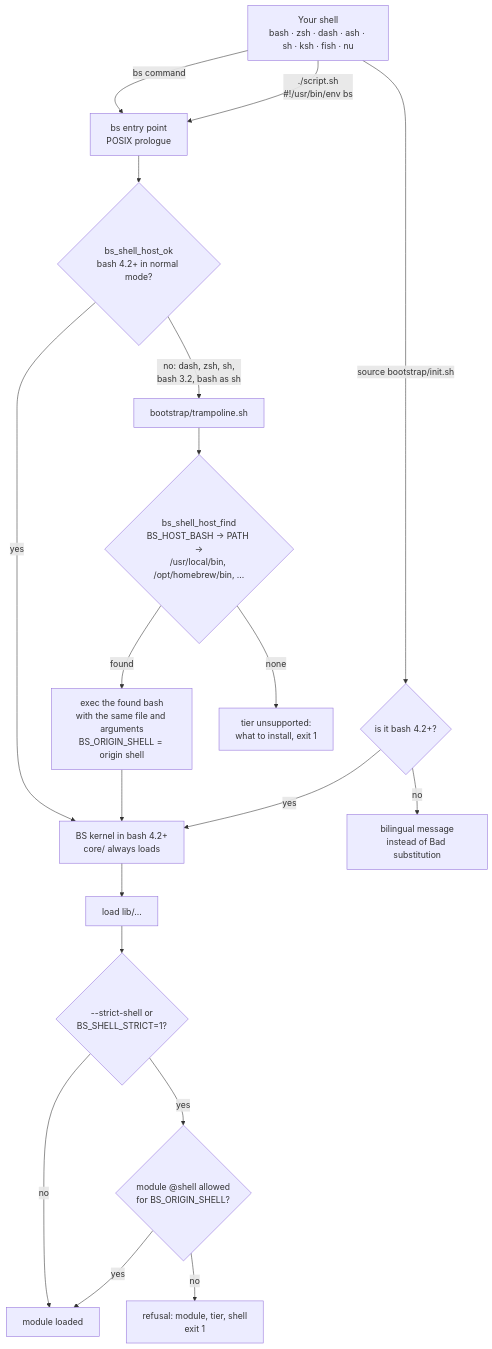
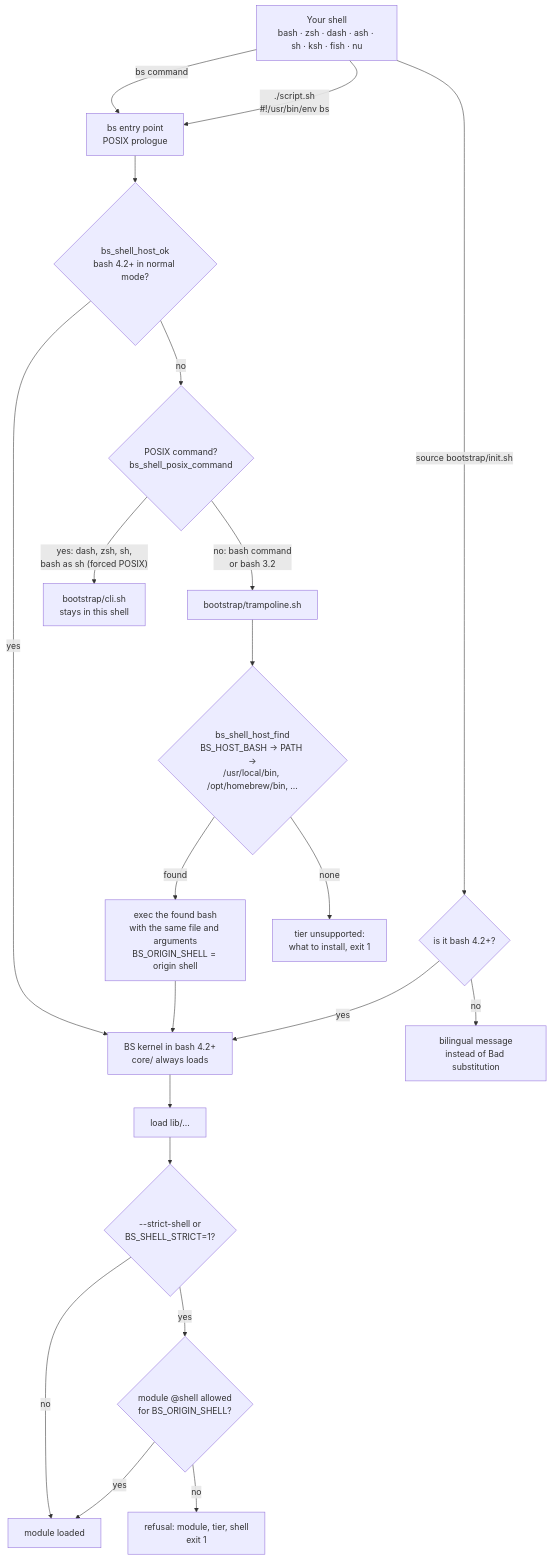
Before and after one commit to Igormm/bs: the first of 8 diagrams in documentation/en/01-getting-started/README.md, drawn with Mermaid. The commit also changed other lines of this file and 38 other files, not shown here.

````diff
--- a/documentation/en/01-getting-started/README.md
+++ b/documentation/en/01-getting-started/README.md
@@ -191,22 +195,24 @@
 ```mermaid
 flowchart TD
     U["Your shell<br/>bash · zsh · dash · ash · sh · ksh · fish · nu"]
     U -->|"bs command"| E
     U -->|"./script.sh<br/>#!/usr/bin/env bs"| E
     U -->|"source bootstrap/init.sh"| SRC{"is it bash 4.2+?"}
     SRC -->|yes| K
     SRC -->|no| SRCX["bilingual message<br/>instead of Bad substitution"]
     E["bs entry point<br/>POSIX prologue"] --> OK{"bs_shell_host_ok<br/>bash 4.2+ in normal mode?"}
     OK -->|yes| K
-    OK -->|"no: dash, zsh, sh,<br/>bash 3.2, bash as sh"| T["bootstrap/trampoline.sh"]
+    OK -->|no| P{"POSIX command?<br/>bs_shell_posix_command"}
+    P -->|"yes: dash, zsh, sh,<br/>bash as sh (forced POSIX)"| PK["bootstrap/cli.sh<br/>stays in this shell"]
+    P -->|"no: bash command<br/>or bash 3.2"| T["bootstrap/trampoline.sh"]
     T --> F{"bs_shell_host_find<br/>BS_HOST_BASH → PATH →<br/>/usr/local/bin, /opt/homebrew/bin, …"}
     F -->|found| X["exec the found bash<br/>with the same file and arguments<br/>BS_ORIGIN_SHELL = origin shell"]
     F -->|none| N["tier unsupported:<br/>what to install, exit 1"]
     X --> K["BS kernel in bash 4.2+<br/>core/ always loads"]
     K --> L["load lib/…"]
     L --> S{"--strict-shell or<br/>BS_SHELL_STRICT=1?"}
     S -->|no| R["module loaded"]
     S -->|yes| A{"module @shell allowed<br/>for BS_ORIGIN_SHELL?"}
     A -->|yes| R
     A -->|no| D["refusal: module, tier, shell<br/>exit 1"]
 ```
````
